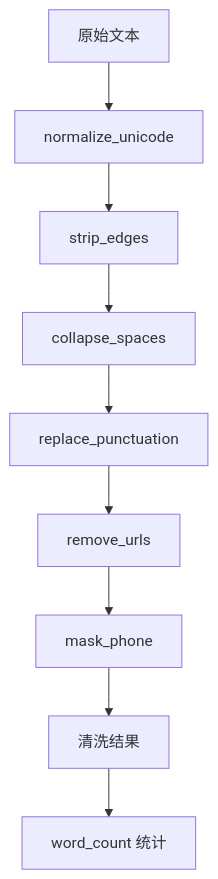
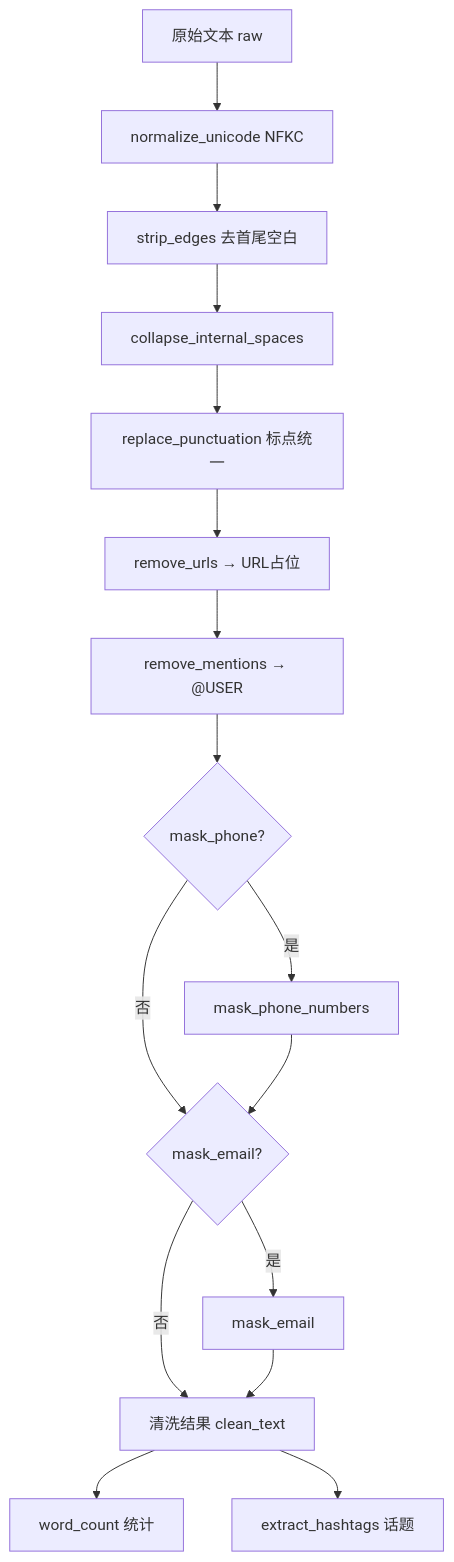
Before and after one commit to ab6539763/70_days_course_compost4x_ultra: the first of 2 diagrams in nexus-agent-bootcamp/courseware/day-02/README.md, drawn with Mermaid. The commit also changed other lines of this file and 10 other files, not shown here.

````diff
--- a/nexus-agent-bootcamp/courseware/day-02/README.md
+++ b/nexus-agent-bootcamp/courseware/day-02/README.md
@@ -114,11 +92,18 @@
 ```mermaid
 flowchart TD
-    RAW[原始文本] --> N1[normalize_unicode]
-    N1 --> N2[strip_edges]
-    N2 --> N3[collapse_spaces]
-    N3 --> N4[replace_punctuation]
-    N4 --> N5[remove_urls]
-    N5 --> N6[mask_phone]
-    N6 --> CLEAN[清洗结果]
-    CLEAN --> STATS[word_count 统计]
+    RAW[原始文本 raw] --> N1[normalize_unicode NFKC]
+    N1 --> N2[strip_edges 去首尾空白]
+    N2 --> N3[collapse_internal_spaces]
+    N3 --> N4[replace_punctuation 标点统一]
+    N4 --> N5[remove_urls → URL占位]
+    N5 --> N6[remove_mentions → @USER]
+    N6 --> N7{mask_phone?}
+    N7 -->|是| N8[mask_phone_numbers]
+    N7 -->|否| N9
+    N8 --> N9{mask_email?}
+    N9 -->|是| N10[mask_email]
+    N9 -->|否| OUT
+    N10 --> OUT[清洗结果 clean_text]
+    OUT --> STATS[word_count 统计]
+    OUT --> TAGS[extract_hashtags 话题]
 ```
````
